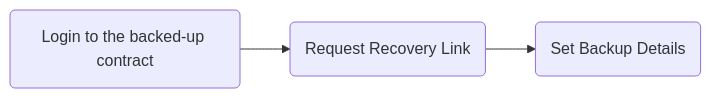
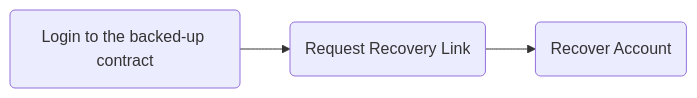
The second of 2 diagrams in README.md (azmasamy/save-station), drawn with Mermaid before and after one commit. The commit also changed other lines of this file, not shown here.

````diff
--- a/README.md
+++ b/README.md
@@ -22,4 +22,4 @@
 ```mermaid
 graph LR
-A(Login to the backed-up contract) --> B(Request Recovery Link) --> C(Set Backup Details)
+A(Login to the backed-up contract) --> B(Request Recovery Link) --> C(Recover Account)
 ```
````
